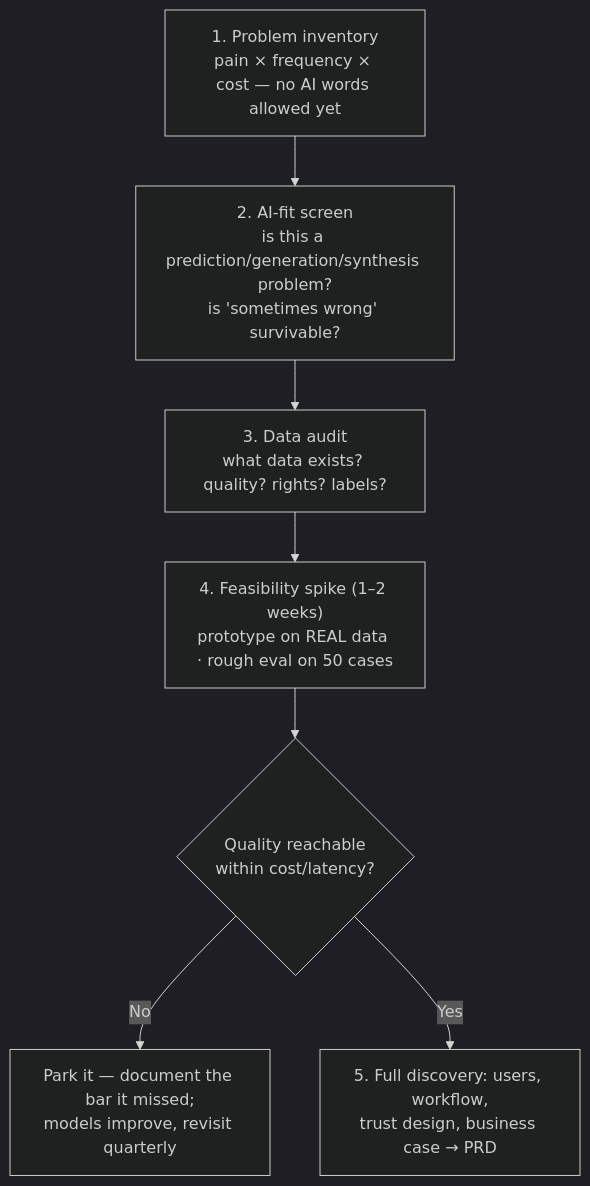
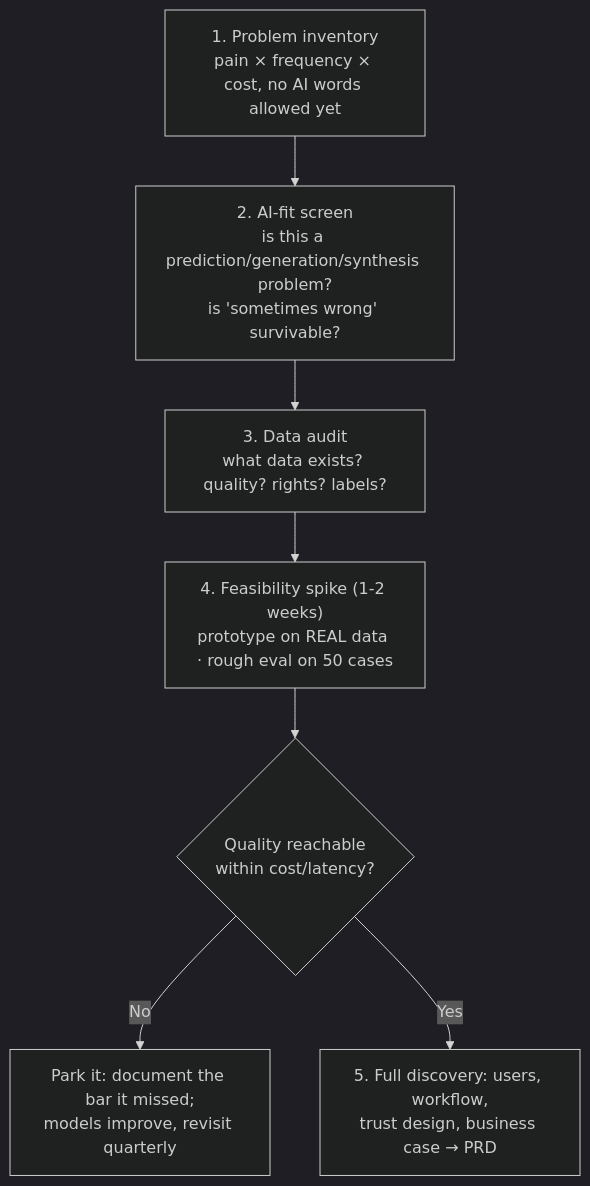
One commit to sugirdadinakar/AI-for-Product-Managers changed the diagram in 03-product-craft/discovery-for-ai.md. Above: the diagram before and after it, drawn with Mermaid (dark theme). The commit also changed other lines of this file and 59 other files, not shown here.

````diff
--- a/03-product-craft/discovery-for-ai.md
+++ b/03-product-craft/discovery-for-ai.md
@@ -15,9 +15,9 @@
 ```mermaid
 flowchart TD
-    A["1. Problem inventory<br/>pain × frequency × cost — no AI words allowed yet"] --> B["2. AI-fit screen<br/>is this a prediction/generation/synthesis problem?<br/>is 'sometimes wrong' survivable?"]
+    A["1. Problem inventory<br/>pain × frequency × cost, no AI words allowed yet"] --> B["2. AI-fit screen<br/>is this a prediction/generation/synthesis problem?<br/>is 'sometimes wrong' survivable?"]
     B --> C["3. Data audit<br/>what data exists? quality? rights? labels?"]
-    C --> D["4. Feasibility spike (1–2 weeks)<br/>prototype on REAL data · rough eval on 50 cases"]
+    C --> D["4. Feasibility spike (1-2 weeks)<br/>prototype on REAL data · rough eval on 50 cases"]
     D --> E{Quality reachable<br/>within cost/latency?}
-    E -- No --> F["Park it — document the bar it missed;<br/>models improve, revisit quarterly"]
+    E -- No --> F["Park it: document the bar it missed;<br/>models improve, revisit quarterly"]
     E -- Yes --> G["5. Full discovery: users, workflow,<br/>trust design, business case → PRD"]
 ```
````
